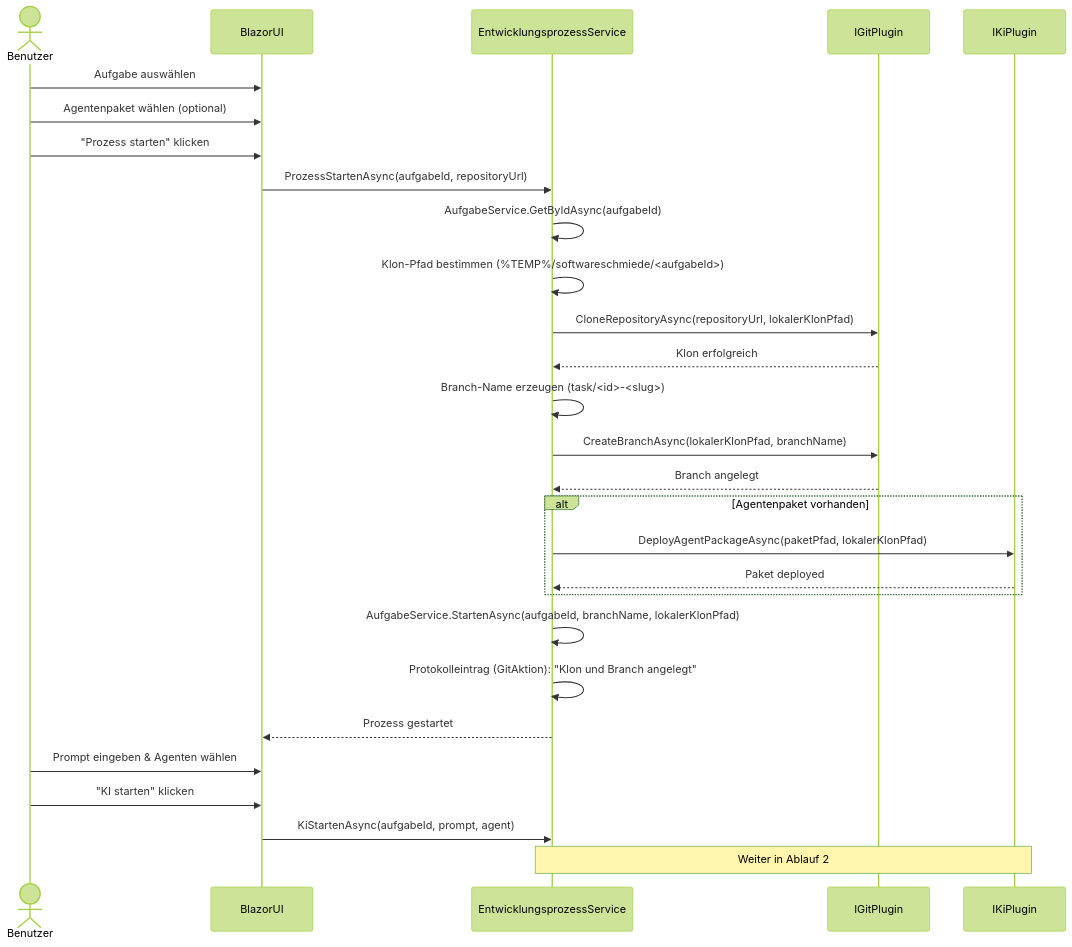
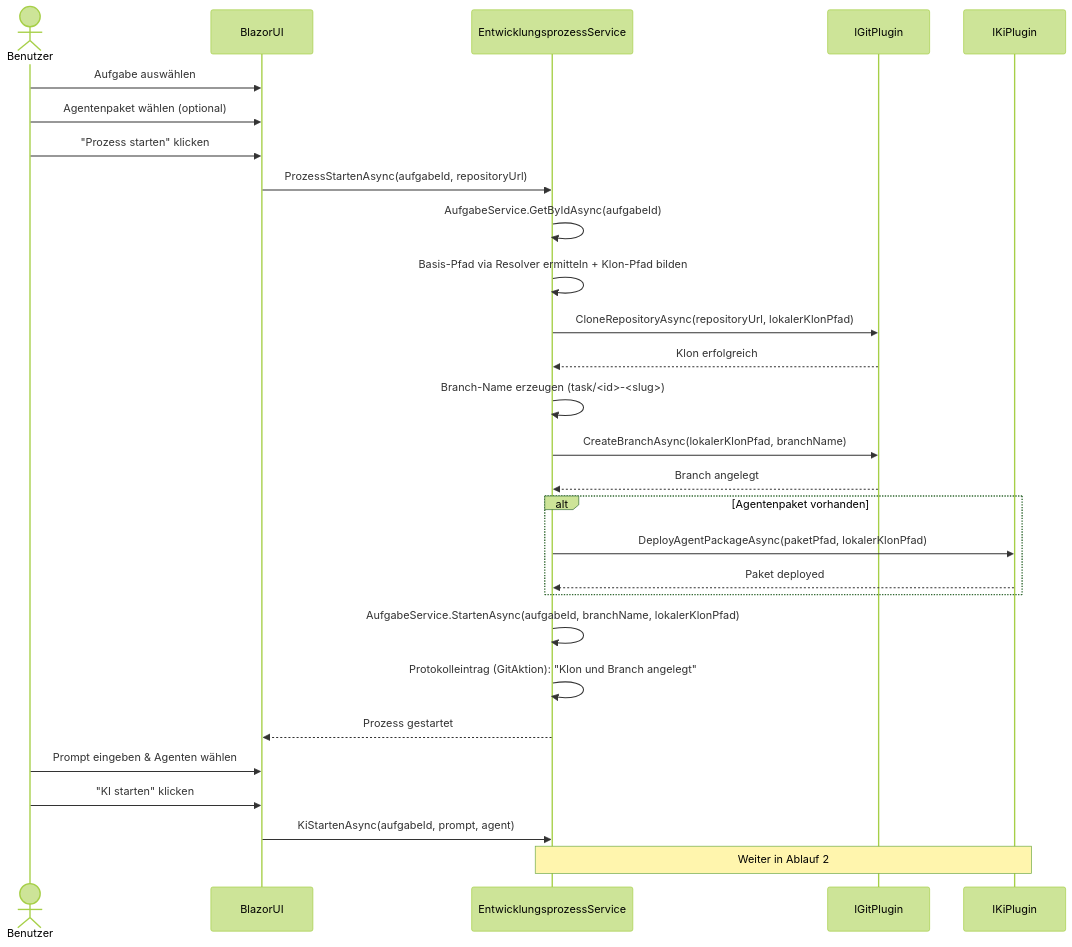
The first of 6 diagrams in docs/flows/development-process-flow.md (martin-stromberg/Softwareschmiede), drawn with Mermaid (forest theme) before and after one commit. The commit also changed other lines of this file and 40 other files, not shown here.

````diff
--- a/docs/flows/development-process-flow.md
+++ b/docs/flows/development-process-flow.md
@@ -28,35 +28,35 @@
 ```mermaid
 sequenceDiagram
     actor Benutzer
     participant BlazorUI
     participant EntwicklungsprozessService
     participant IGitPlugin
     participant IKiPlugin
 
     Benutzer->>BlazorUI: Aufgabe auswählen
     Benutzer->>BlazorUI: Agentenpaket wählen (optional)
     Benutzer->>BlazorUI: "Prozess starten" klicken
 
     BlazorUI->>EntwicklungsprozessService: ProzessStartenAsync(aufgabeId, repositoryUrl)
     EntwicklungsprozessService->>EntwicklungsprozessService: AufgabeService.GetByIdAsync(aufgabeId)
-    EntwicklungsprozessService->>EntwicklungsprozessService: Klon-Pfad bestimmen (%TEMP%/softwareschmiede/<aufgabeId>)
+    EntwicklungsprozessService->>EntwicklungsprozessService: Basis-Pfad via Resolver ermitteln + Klon-Pfad bilden
     EntwicklungsprozessService->>IGitPlugin: CloneRepositoryAsync(repositoryUrl, lokalerKlonPfad)
     IGitPlugin-->>EntwicklungsprozessService: Klon erfolgreich
     EntwicklungsprozessService->>EntwicklungsprozessService: Branch-Name erzeugen (task/<id>-<slug>)
     EntwicklungsprozessService->>IGitPlugin: CreateBranchAsync(lokalerKlonPfad, branchName)
     IGitPlugin-->>EntwicklungsprozessService: Branch angelegt
 
     alt Agentenpaket vorhanden
         EntwicklungsprozessService->>IKiPlugin: DeployAgentPackageAsync(paketPfad, lokalerKlonPfad)
         IKiPlugin-->>EntwicklungsprozessService: Paket deployed
     end
 
     EntwicklungsprozessService->>EntwicklungsprozessService: AufgabeService.StartenAsync(aufgabeId, branchName, lokalerKlonPfad)
     EntwicklungsprozessService->>EntwicklungsprozessService: Protokolleintrag (GitAktion): "Klon und Branch angelegt"
     EntwicklungsprozessService-->>BlazorUI: Prozess gestartet
 
     Benutzer->>BlazorUI: Prompt eingeben & Agenten wählen
     Benutzer->>BlazorUI: "KI starten" klicken
     BlazorUI->>EntwicklungsprozessService: KiStartenAsync(aufgabeId, prompt, agent)
     Note over EntwicklungsprozessService,IKiPlugin: Weiter in Ablauf 2
 ```
````
